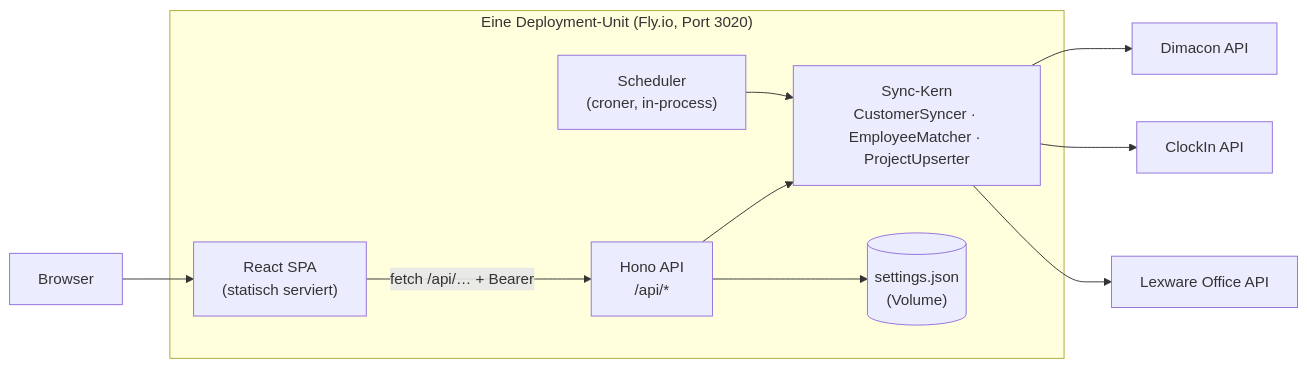
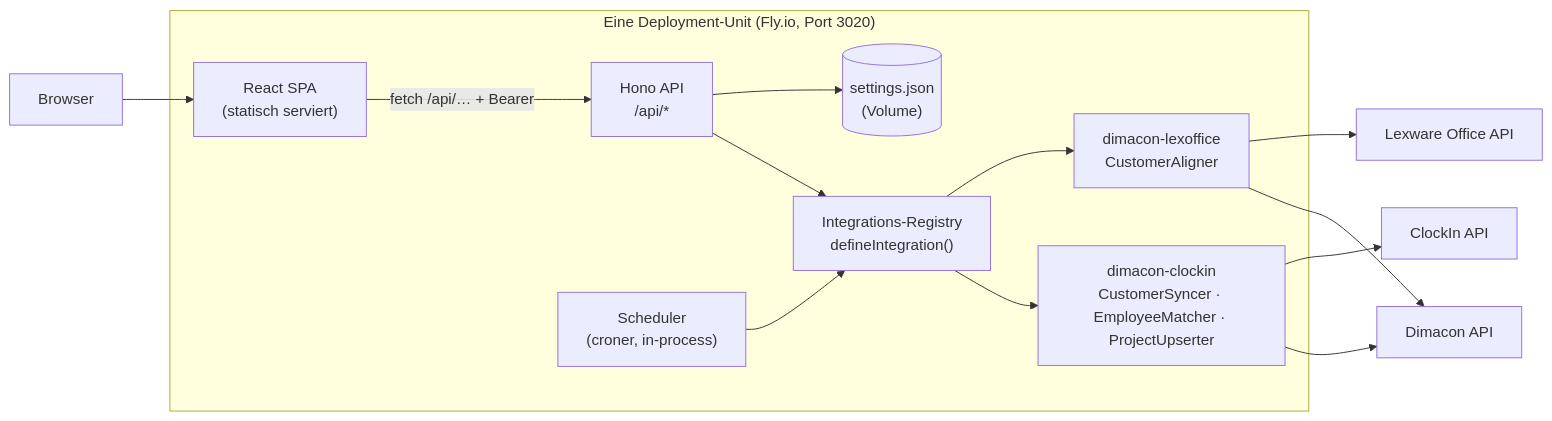
The first of 2 diagrams in docs/konzept-sync-tool-external-app.md (Miragon/miranum-dimacon-sync), drawn with Mermaid before and after one commit. The commit also changed other lines of this file and 3 other files, not shown here.

````diff
--- a/docs/konzept-sync-tool-external-app.md
+++ b/docs/konzept-sync-tool-external-app.md
@@ -46,18 +48,24 @@
 ```mermaid
 flowchart LR
+    Browser["Browser"]
     subgraph Deployment["Eine Deployment-Unit (Fly.io, Port 3020)"]
         SPA["React SPA<br/>(statisch serviert)"]
         Hono["Hono API<br/>/api/*"]
         Sched["Scheduler<br/>(croner, in-process)"]
-        Sync["Sync-Kern<br/>CustomerSyncer · EmployeeMatcher · ProjectUpserter"]
+        Reg["Integrations-Registry<br/>defineIntegration()"]
+        DC["dimacon-clockin<br/>CustomerSyncer · EmployeeMatcher · ProjectUpserter"]
+        DL["dimacon-lexoffice<br/>CustomerAligner"]
         Settings[("settings.json<br/>(Volume)")]
+        Hono --> Reg
+        Sched --> Reg
+        Hono --> Settings
+        Reg --> DC
+        Reg --> DL
     end
-    Browser["Browser"] --> SPA
+    Browser --> SPA
     SPA -->|"fetch /api/… + Bearer"| Hono
-    Hono --> Sync
-    Sched --> Sync
-    Hono --> Settings
-    Sync --> Dimacon["Dimacon API"]
-    Sync --> ClockIn["ClockIn API"]
-    Sync --> Lexware["Lexware Office API"]
+    DC --> Dimacon["Dimacon API"]
+    DC --> ClockIn["ClockIn API"]
+    DL --> Dimacon
+    DL --> Lexware["Lexware Office API"]
 ```
````
